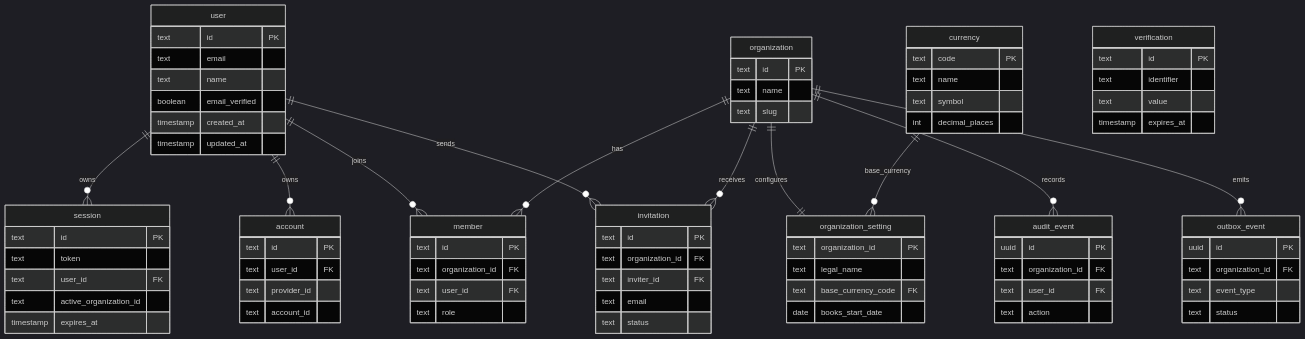
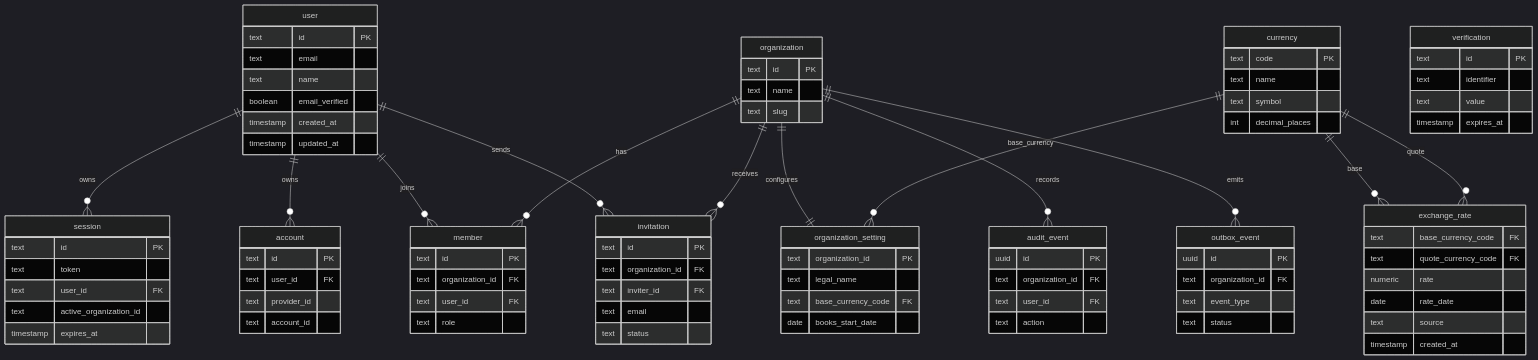
One commit to isherbuilds/edernal-books changed the sixth of 6 diagrams in docs/architecture.md. Above: the diagram before and after it, drawn with Mermaid (dark theme). The commit also changed other lines of this file and 110 other files, not shown here.

```diff
--- a/docs/architecture.md
+++ b/docs/architecture.md
@@ -263,6 +268,8 @@
   organization ||--o{ audit_event : records
   organization ||--o{ outbox_event : emits
   currency ||--o{ organization_setting : base_currency
+  currency ||--o{ exchange_rate : base
+  currency ||--o{ exchange_rate : quote
 
   user {
     text id PK
@@ -315,6 +322,14 @@
     text symbol
     int decimal_places
   }
+  exchange_rate {
+    text base_currency_code FK
+    text quote_currency_code FK
+    numeric rate
+    date rate_date
+    text source
+    timestamp created_at
+  }
   organization_setting {
     text organization_id PK
     text legal_name
```
